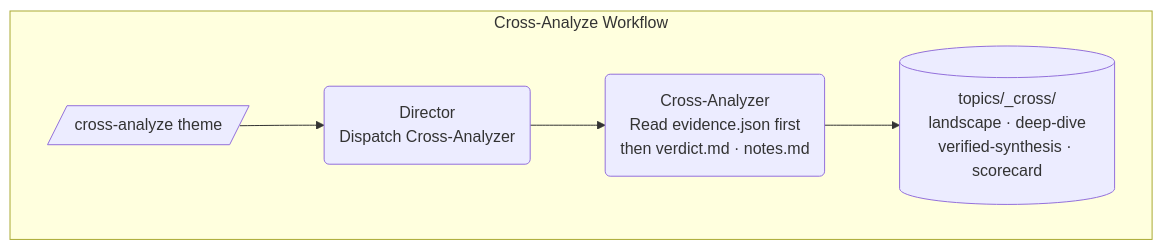
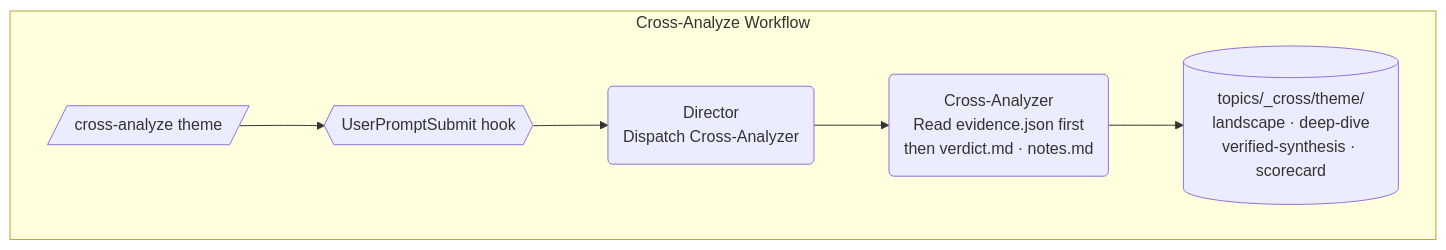
The third of 4 diagrams in diagram.md (nixxet/BrainStorming), drawn with Mermaid before and after one commit. The commit also changed other lines of this file and 10 other files, not shown here.

````diff
--- a/diagram.md
+++ b/diagram.md
@@ -93,10 +166,11 @@
 ```mermaid
 flowchart TD
     subgraph CA["Cross-Analyze Workflow"]
         CAU[/cross-analyze theme/]
+        UPS2{{UserPromptSubmit hook}}
         CAD(Director\nDispatch Cross-Analyzer)
         CAR(Cross-Analyzer\nRead evidence.json first\nthen verdict.md · notes.md)
-        CAO[(topics/_cross/\nlandscape · deep-dive\nverified-synthesis · scorecard)]
-        CAU --> CAD --> CAR --> CAO
+        CAO[(topics/_cross/theme/\nlandscape · deep-dive\nverified-synthesis · scorecard)]
+        CAU --> UPS2 --> CAD --> CAR --> CAO
     end
 ```
````
